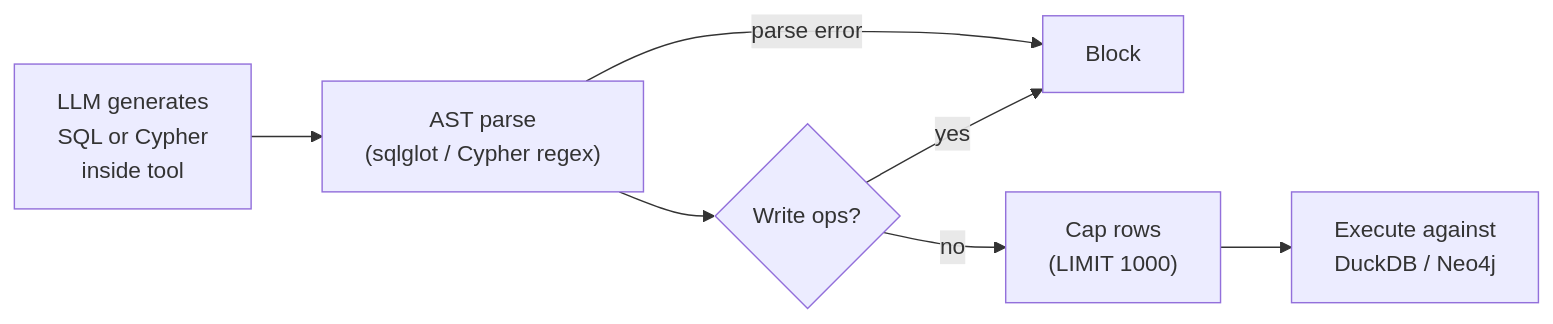
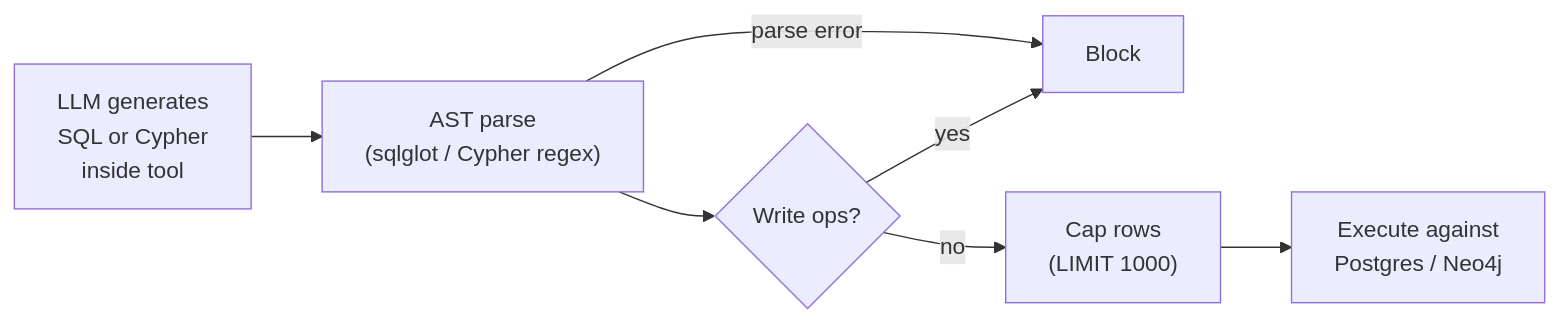
The sixth of 7 diagrams in README.md (sazzad-kamal/crm-agentic-mcp-engine), drawn with Mermaid before and after one commit. The commit also changed other lines of this file, not shown here.

Commit message:
Migrate SQL store DuckDB -> Neon Postgres across D2 + prose + guards diagram + tech table (managed tier; pending live migration)

````diff
--- a/README.md
+++ b/README.md
@@ -249,9 +249,9 @@
 ```mermaid
 flowchart LR
     LLM["LLM generates<br/>SQL or Cypher<br/>inside tool"] --> PARSE["AST parse<br/>(sqlglot / Cypher regex)"]
     PARSE -->|parse error| BLOCK["Block"]
     PARSE --> CHK{"Write ops?"}
     CHK -->|yes| BLOCK
     CHK -->|no| LIM["Cap rows<br/>(LIMIT 1000)"]
-    LIM --> EXEC["Execute against<br/>DuckDB / Neo4j"]
+    LIM --> EXEC["Execute against<br/>Postgres / Neo4j"]
 ```
````
